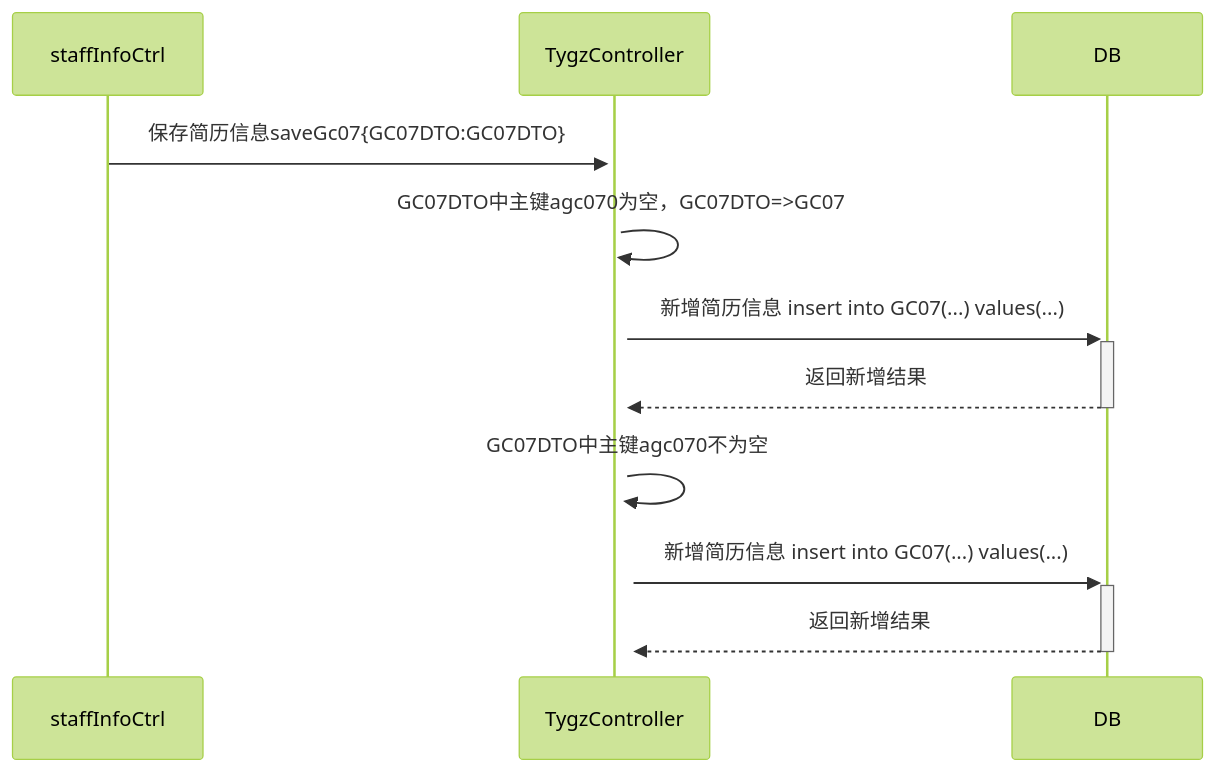
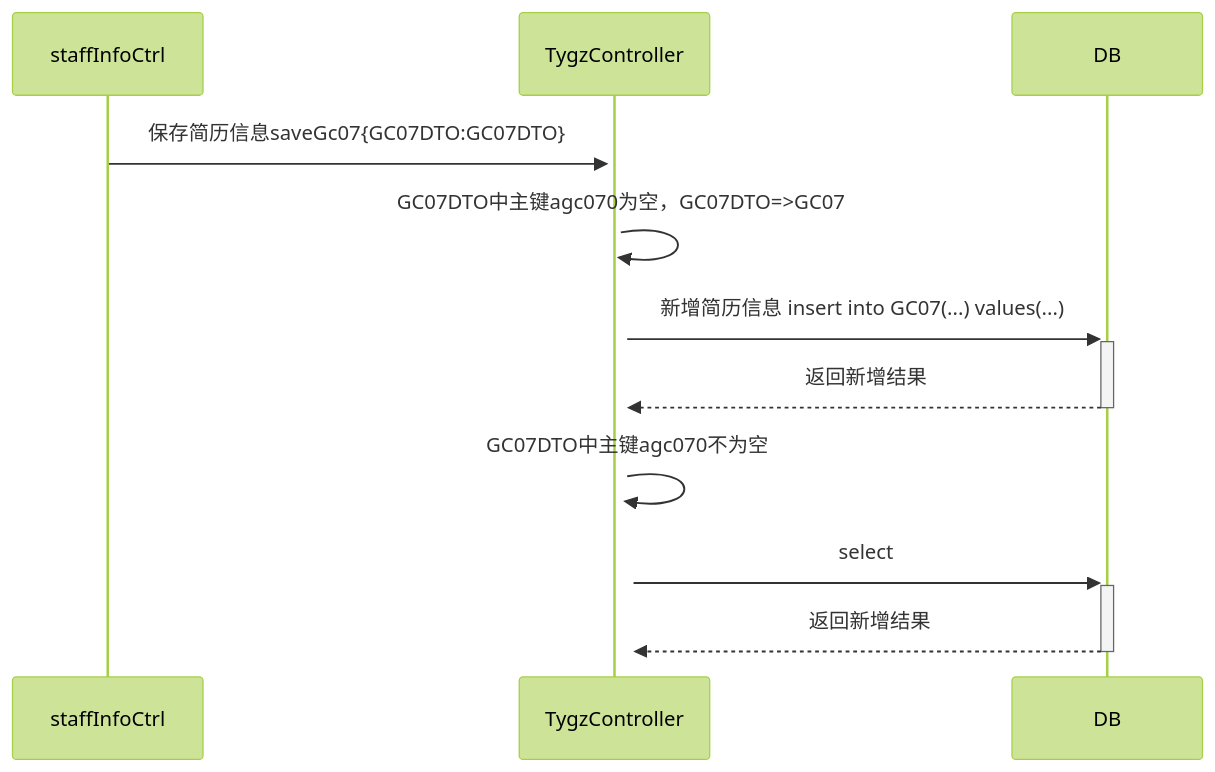
Before and after one commit to ZhangJianBeiJing/iodraw-files: the diagram in all/未命名.md, drawn with Mermaid (forest theme).

Commit message:
2025-03-25 17:10:30 update

````diff
--- a/all/未命名.md
+++ b/all/未命名.md
@@ -1,13 +1,13 @@
 ```mermaid
 sequenceDiagram
     staffInfoCtrl->>+TygzController:保存简历信息saveGc07{GC07DTO:GC07DTO}
     TygzController->>+TygzController:GC07DTO中主键agc070为空，GC07DTO=>GC07
     TygzController->>+DB:新增简历信息 insert into GC07(...) values(...)
     DB-->>-TygzController:返回新增结果
     TygzController->>+TygzController:GC07DTO中主键agc070不为空
-    TygzController->>+DB:新增简历信息 insert into GC07(...) values(...)
+    TygzController->>+DB:select 
     DB-->>-TygzController:返回新增结果
 
 
             
 ```
````
